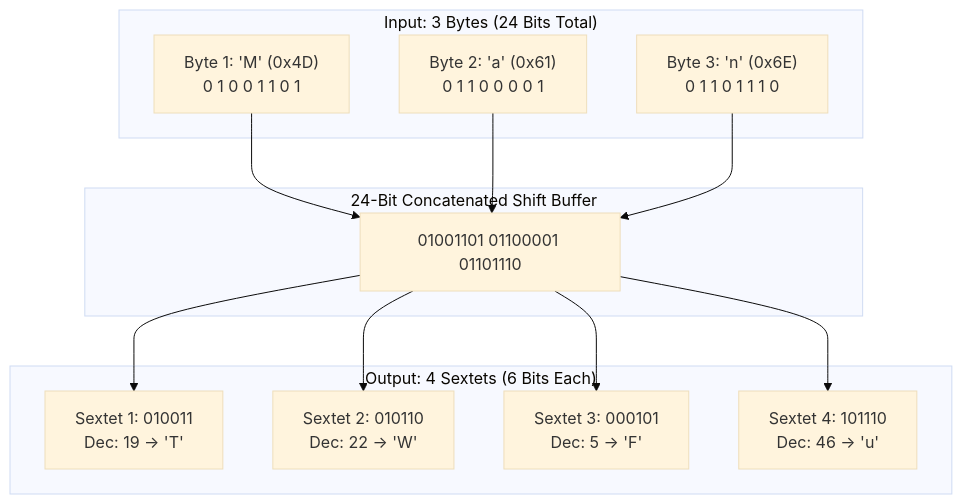
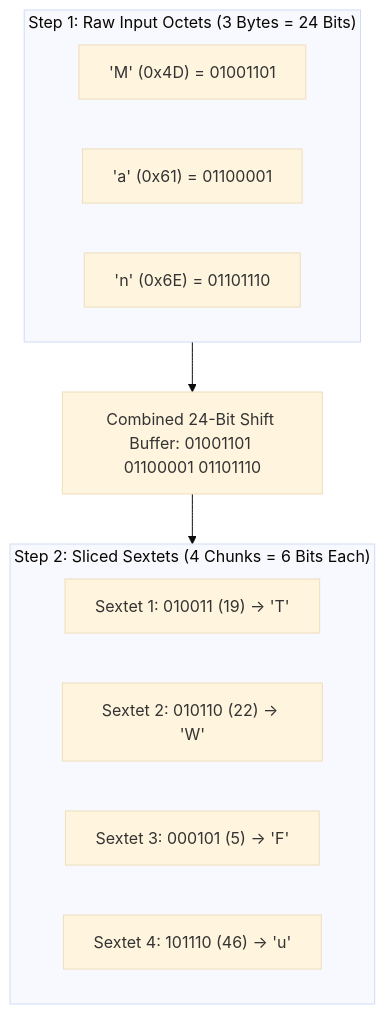
The first of 2 diagrams in docs/01_BITWISE_ARCHITECTURE.md (veruthiaoperations-cloud/B64LAB), drawn with Mermaid (base theme) before and after one commit. The commit also changed 6 other files, not shown here.

Commit message:
docs: add comprehensive schema cheat sheet, step-by-step visualizer, curriculum roadmap, and verified links

````diff
--- a/docs/01_BITWISE_ARCHITECTURE.md
+++ b/docs/01_BITWISE_ARCHITECTURE.md
@@ -28,28 +28,22 @@
 ```mermaid
-graph TD
-    subgraph "Input: 3 Bytes (24 Bits Total)"
-        B1["Byte 1: 'M' (0x4D)<br>0 1 0 0 1 1 0 1"]
-        B2["Byte 2: 'a' (0x61)<br>0 1 1 0 0 0 0 1"]
-        B3["Byte 3: 'n' (0x6E)<br>0 1 1 0 1 1 1 0"]
+flowchart TD
+    subgraph Step1["Step 1: Raw Input Octets (3 Bytes = 24 Bits)"]
+        direction LR
+        B1["'M' (0x4D) = 01001101"]
+        B2["'a' (0x61) = 01100001"]
+        B3["'n' (0x6E) = 01101110"]
     end
 
-    subgraph "24-Bit Concatenated Shift Buffer"
-        BUF["01001101 01100001 01101110"]
+    BUF["Combined 24-Bit Shift Buffer: 01001101 01100001 01101110"]
+
+    subgraph Step2["Step 2: Sliced Sextets (4 Chunks = 6 Bits Each)"]
+        direction LR
+        S1["Sextet 1: 010011 (19) -> 'T'"]
+        S2["Sextet 2: 010110 (22) -> 'W'"]
+        S3["Sextet 3: 000101 (5)  -> 'F'"]
+        S4["Sextet 4: 101110 (46) -> 'u'"]
     end
 
-    subgraph "Output: 4 Sextets (6 Bits Each)"
-        S1["Sextet 1: 010011<br>Dec: 19 -> 'T'"]
-        S2["Sextet 2: 010110<br>Dec: 22 -> 'W'"]
-        S3["Sextet 3: 000101<br>Dec: 5  -> 'F'"]
-        S4["Sextet 4: 101110<br>Dec: 46 -> 'u'"]
-    end
-
-    B1 --> BUF
-    B2 --> BUF
-    B3 --> BUF
-
-    BUF --> S1
-    BUF --> S2
-    BUF --> S3
-    BUF --> S4
+    Step1 --> BUF
+    BUF --> Step2
 ```
````
